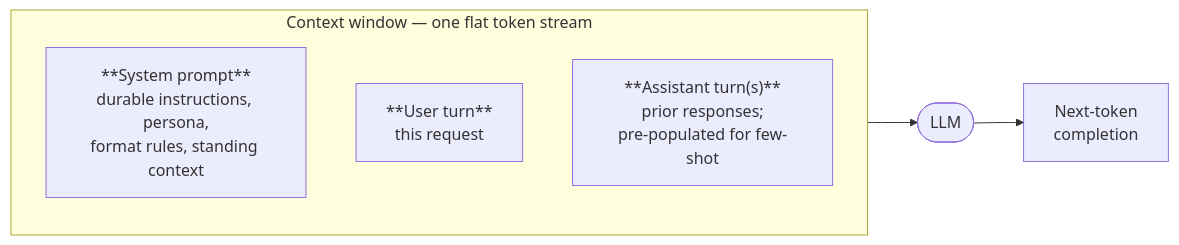
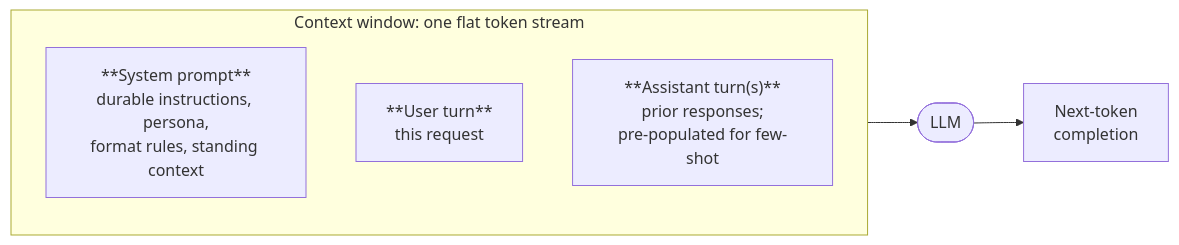
Before and after one commit to mdmanurung/ai-fluency-for-bio: the diagram in literacy/prompting.qmd, drawn with Mermaid. The commit also changed other lines of this file and 3 other files, not shown here.

````diff
--- a/literacy/prompting.qmd
+++ b/literacy/prompting.qmd
@@ -21,12 +21,12 @@
 ```{mermaid}
 %%| fig-cap: "The three message types all enter the model as one flat token stream."
 flowchart LR
-    subgraph ctx["Context window — one flat token stream"]
+    subgraph ctx["Context window: one flat token stream"]
         direction TB
         S["**System prompt**\ndurable instructions, persona,\nformat rules, standing context"]
         U["**User turn**\nthis request"]
         A["**Assistant turn(s)**\nprior responses;\npre-populated for few-shot"]
     end
     ctx --> M(["LLM"])
     M --> O["Next-token\ncompletion"]
 ```
````
